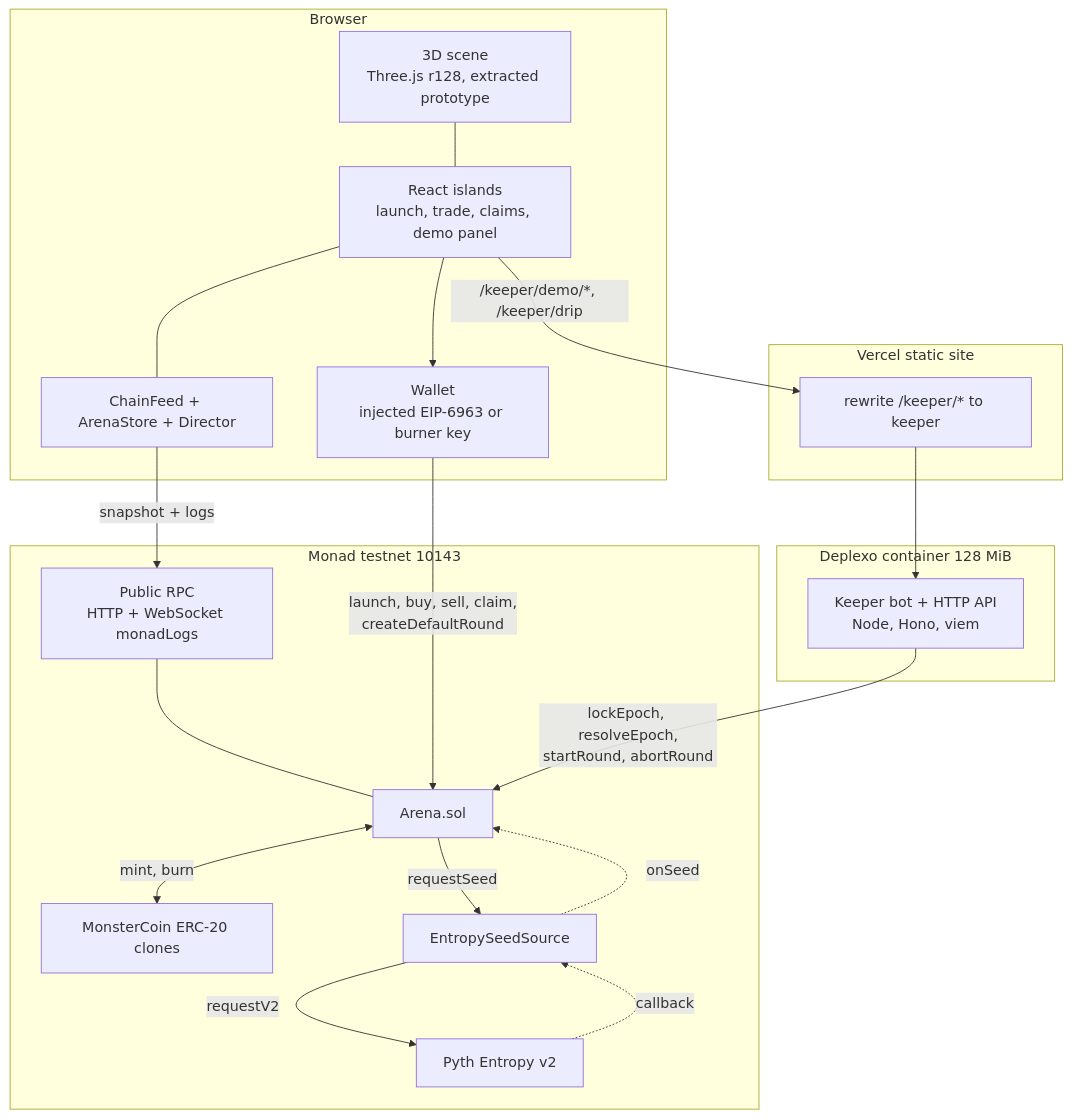
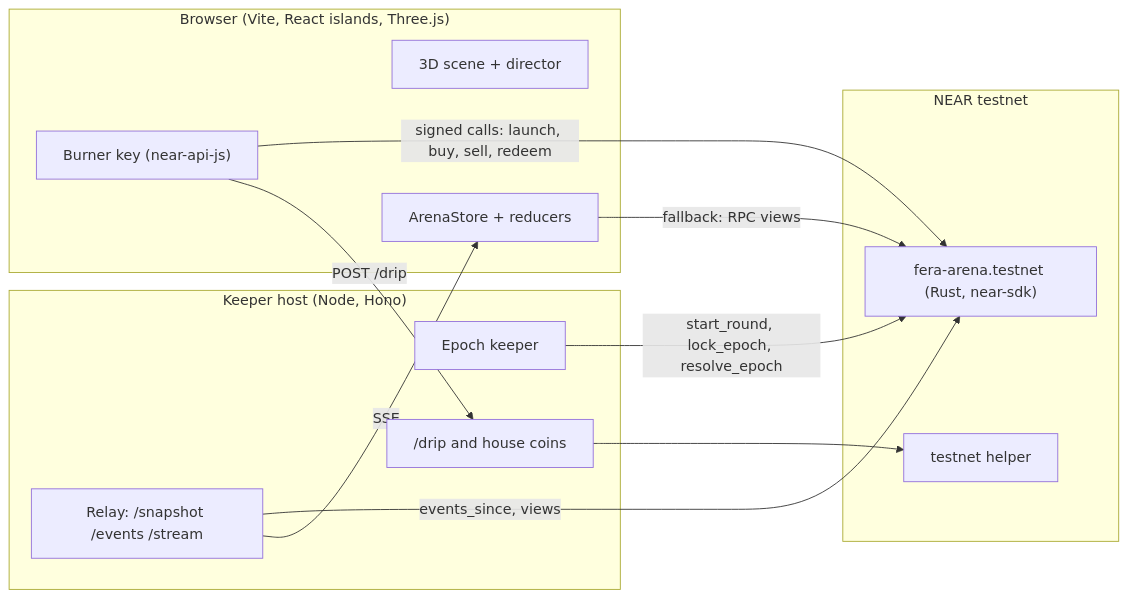
The first of 2 diagrams in README.md (Candra0x6/fera.fun), drawn with Mermaid before and after one commit. The commit also changed other lines of this file and 1 other file, not shown here.

Commit message:
docs: NEAR README, submission drafts and the history secret scan result

````diff
--- a/README.md
+++ b/README.md
@@ -68,36 +119,24 @@
 ```mermaid
-flowchart TB
-  subgraph browser["Browser"]
-    scene["3D scene<br/>Three.js r128, extracted prototype"]
-    ui["React islands<br/>launch, trade, claims, demo panel"]
-    store["ChainFeed + ArenaStore + Director"]
-    wallet["Wallet<br/>injected EIP-6963 or burner key"]
+flowchart LR
+  subgraph browser["Browser (Vite, React islands, Three.js)"]
+    scene["3D scene + director"]
+    store["ArenaStore + reducers"]
+    burner["Burner key (near-api-js)"]
   end
-  subgraph vercel["Vercel static site"]
-    rewrite["rewrite /keeper/* to keeper"]
+  subgraph host["Keeper host (Node, Hono)"]
+    keeper["Epoch keeper"]
+    relay["Relay: /snapshot /events /stream"]
+    drip["/drip and house coins"]
   end
-  subgraph deplexo["Deplexo container 128 MiB"]
-    keeper["Keeper bot + HTTP API<br/>Node, Hono, viem"]
+  subgraph near["NEAR testnet"]
+    arena["fera-arena.testnet (Rust, near-sdk)"]
+    helper["testnet helper"]
   end
-  subgraph monad["Monad testnet 10143"]
-    arena["Arena.sol"]
-    coins["MonsterCoin ERC-20 clones"]
-    seedsrc["EntropySeedSource"]
-    entropy["Pyth Entropy v2"]
-    rpc["Public RPC<br/>HTTP + WebSocket monadLogs"]
-  end
-  scene --- ui
-  ui --- store
-  store -->|"snapshot + logs"| rpc
-  rpc --- arena
-  ui --> wallet
-  wallet -->|"launch, buy, sell, claim,<br/>createDefaultRound"| arena
-  ui -->|"/keeper/demo/*, /keeper/drip"| rewrite
-  rewrite --> keeper
-  keeper -->|"lockEpoch, resolveEpoch,<br/>startRound, abortRound"| arena
-  arena <-->|"mint, burn"| coins
-  arena -->|"requestSeed"| seedsrc
-  seedsrc -->|"requestV2"| entropy
-  entropy -.->|"callback"| seedsrc
-  seedsrc -.->|"onSeed"| arena
+  burner -- "signed calls: launch, buy, sell, redeem" --> arena
+  keeper -- "start_round, lock_epoch, resolve_epoch" --> arena
+  relay -- "events_since, views" --> arena
+  relay -- "SSE" --> store
+  store -- "fallback: RPC views" --> arena
+  drip --> helper
+  burner -- "POST /drip" --> drip
 ```
````
